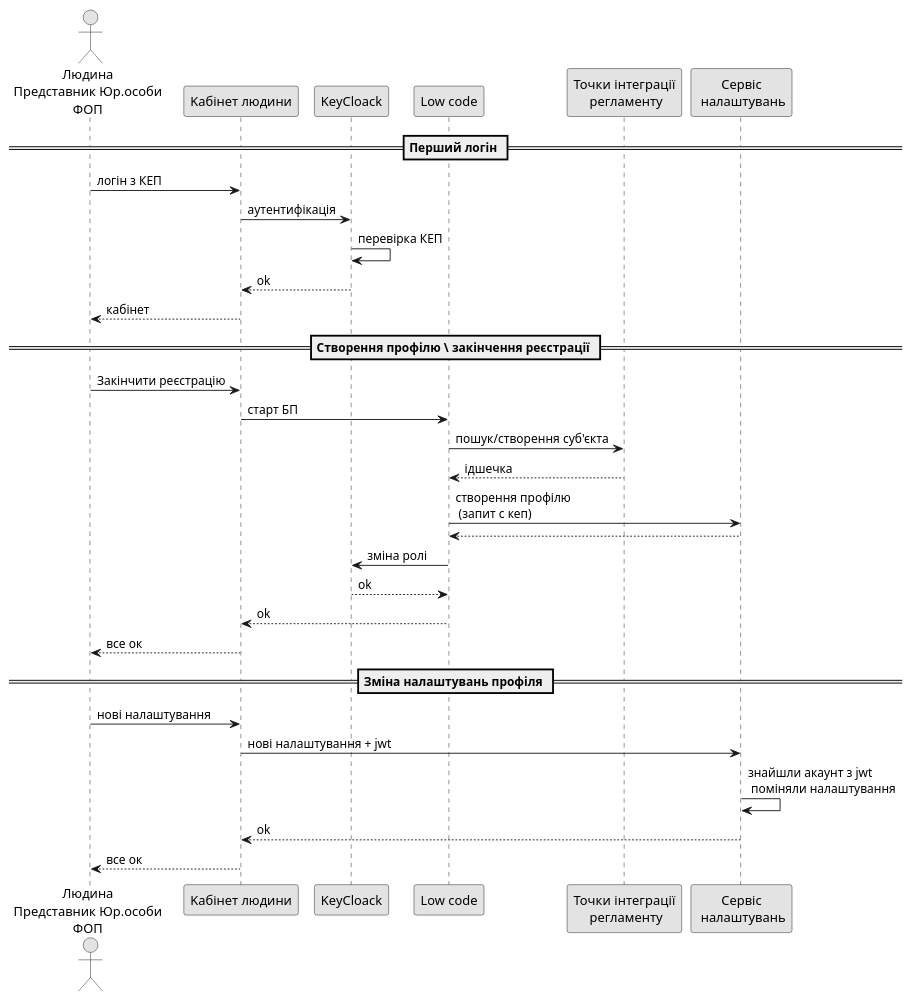
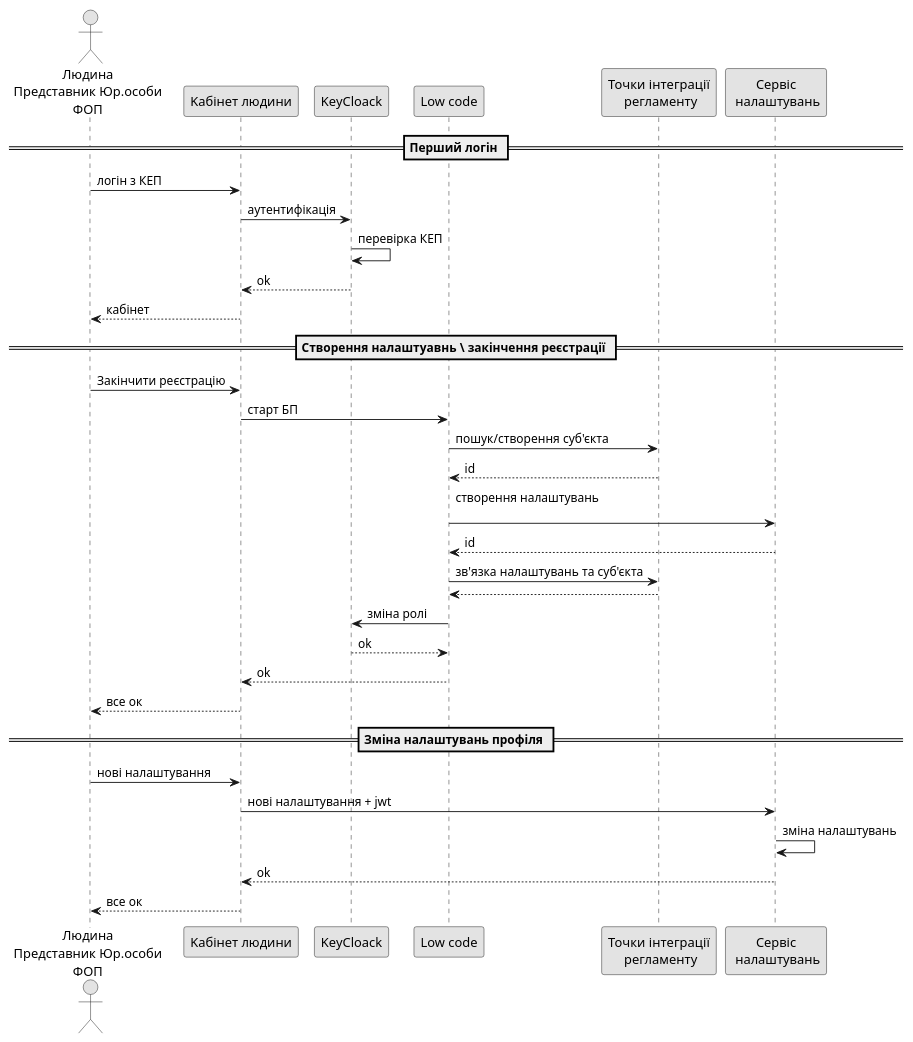
The second of 2 diagrams in modules/ROOT/pages/datafactory/settings.adoc (epam/edp-ddm-architecture), drawn with PlantUML before and after one commit. The commit also changed other lines of this file and 1 other file, not shown here.

Commit message:
[MDTUDDM-5446] User settings updated

```diff
--- a/modules/ROOT/pages/datafactory/settings.adoc
+++ b/modules/ROOT/pages/datafactory/settings.adoc
@@ -136,41 +121,43 @@
 [plantuml, test, svg]
 ----
 @startuml
 skinparam monochrome true
 
 actor "Людина\nПредставник Юр.особи\nФОП" as person
 participant "Kaбінет людини" as ui
 participant KeyCloack as security
 
 participant "Low code" as low
 
 participant "Точки інтеграції\n регламенту" as reg
 participant "Сервіс\n налаштувань" as settings
 
 
 == Перший логін ==
 person -> ui: логін з КЕП
 ui -> security: аутентифікація
 security -> security: перевірка КЕП
 security --> ui: ok 
 ui --> person: кабінет
 
-== Створення профілю \ закінчення реєстрації ==
+== Створення налаштуавнь \ закінчення реєстрації ==
 person -> ui: Закінчити реєстрацію
 ui -> low: старт БП
 low -> reg: пошук/створення суб'єкта
-return ідшечка
-low -> settings: створення профілю\n (запит с кеп)
+return id
+low -> settings: створення налаштувань \n
+return id
+low -> reg: зв'язка налаштувань та суб'єкта
 return
 low -> security: зміна ролі
 return ok
 low --> ui: ok
 ui --> person: все ок
 == Зміна налаштувань профіля == 
 person -> ui: нові налаштування
 ui -> settings: нові налаштування + jwt
-settings -> settings: знайшли акаунт з jwt \n поміняли налаштування
+settings -> settings: зміна налаштувань
 settings --> ui: ok
 ui --> person: все ок
 @enduml
 ----
```
